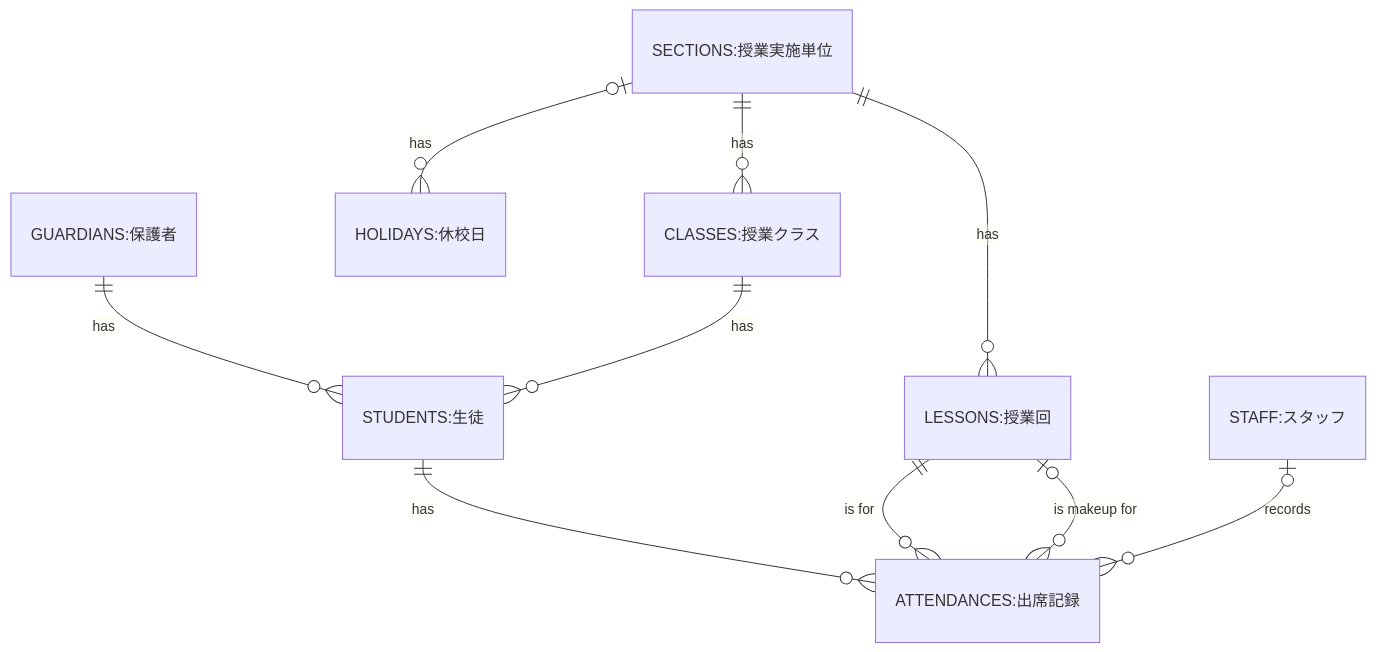
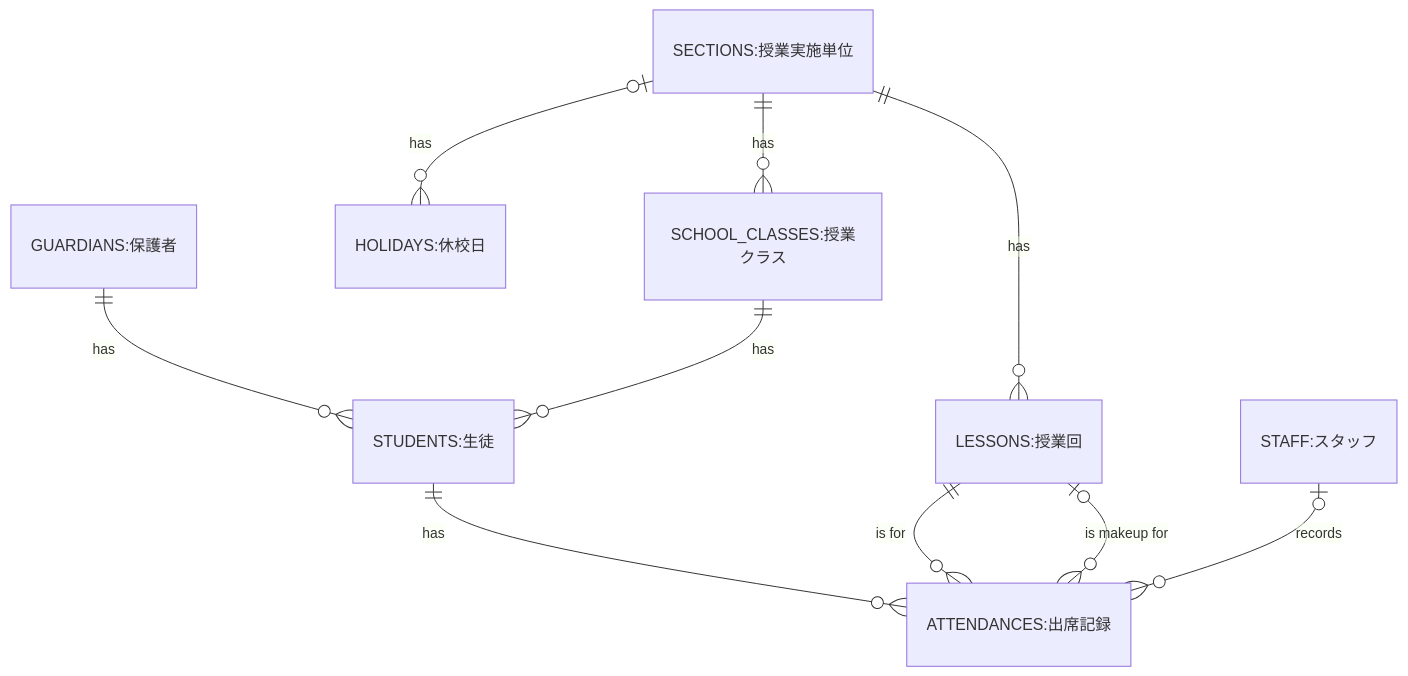
The diagram in docs/design/テーブル定義書.md (yamanoha-taishi/programming-school-attendance), drawn with Mermaid before and after one commit. The commit also changed other lines of this file and 2 other files, not shown here.

````diff
--- a/docs/design/テーブル定義書.md
+++ b/docs/design/テーブル定義書.md
@@ -139,22 +139,22 @@
 ```mermaid
 
 erDiagram
   GUARDIANS["GUARDIANS:保護者"] {}
   STUDENTS["STUDENTS:生徒"] {}
   STAFF["STAFF:スタッフ"] {}
   HOLIDAYS["HOLIDAYS:休校日"] {}
-  CLASSES["CLASSES:授業クラス"] {}
+  SCHOOL_CLASSES["SCHOOL_CLASSES:授業クラス"] {}
   LESSONS["LESSONS:授業回"] {}
   SECTIONS["SECTIONS:授業実施単位"] {}
   ATTENDANCES["ATTENDANCES:出席記録"] {}
   GUARDIANS ||--o{ STUDENTS : "has"
-  CLASSES ||--o{ STUDENTS : "has"
+  SCHOOL_CLASSES ||--o{ STUDENTS : "has"
   SECTIONS |o--o{ HOLIDAYS : "has"
-  SECTIONS ||--o{ CLASSES : "has"
+  SECTIONS ||--o{ SCHOOL_CLASSES : "has"
   SECTIONS ||--o{ LESSONS : "has"
   STUDENTS ||--o{ ATTENDANCES : "has"
   LESSONS ||--o{ ATTENDANCES : "is for"
   LESSONS |o--o{ ATTENDANCES : "is makeup for"
   STAFF |o--o{ ATTENDANCES : "records"
 
 ```
````
